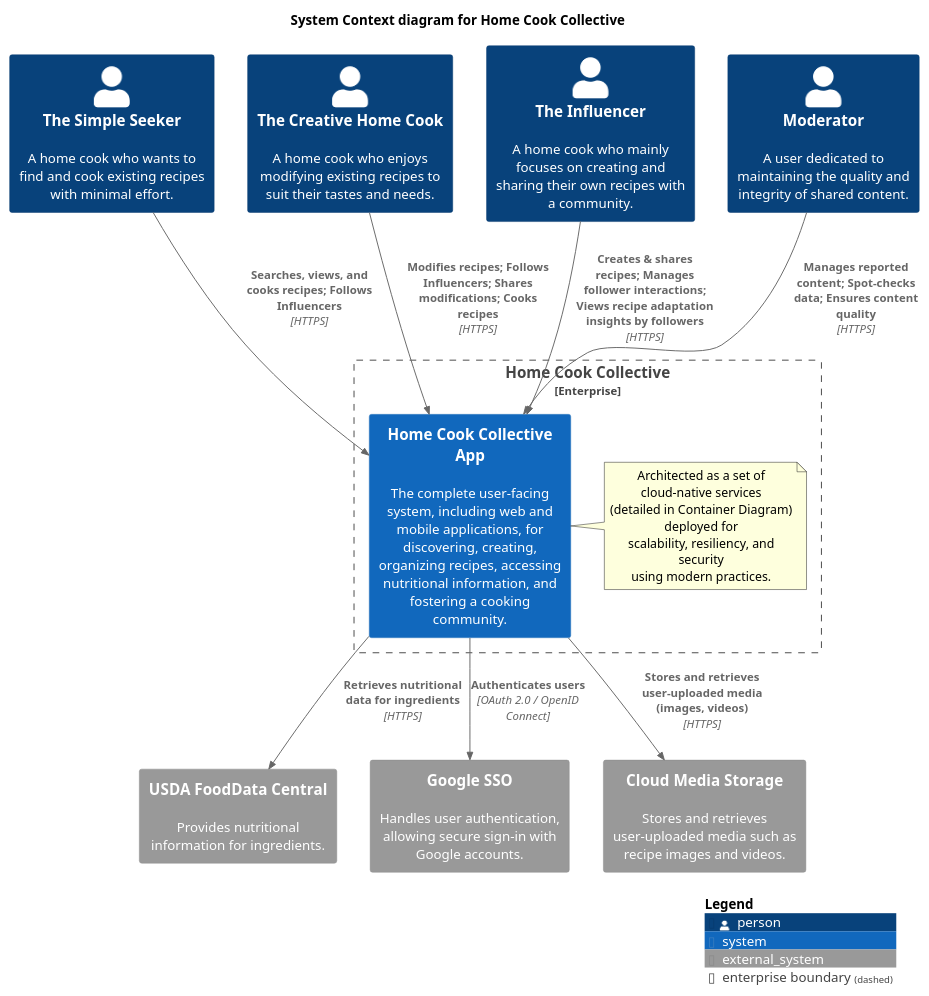
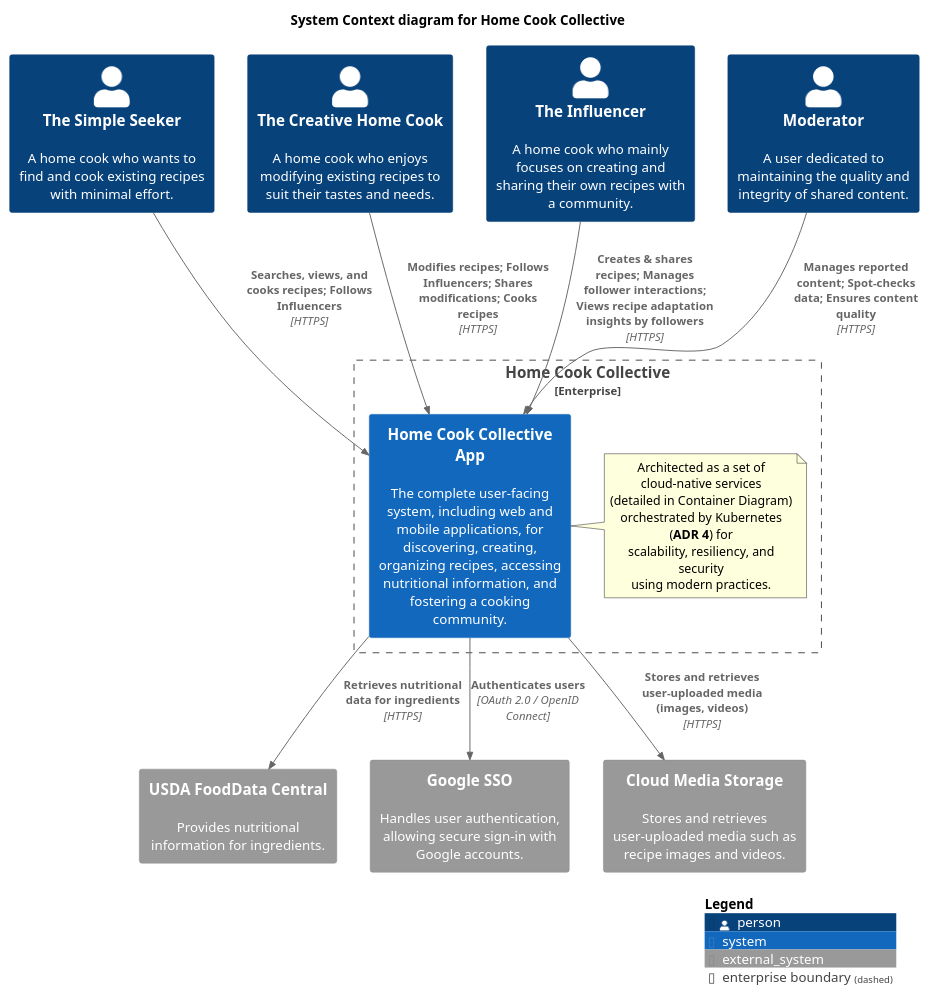
The diagram in diagrams/src/hcc-context.puml (darius-despain/SE577-SoftwareArchitecture), drawn with PlantUML before and after one commit. The commit also changed 2 other files, not shown here.

Commit message:
finished diagrams

```diff
--- a/diagrams/src/hcc-context.puml
+++ b/diagrams/src/hcc-context.puml
@@ -1,38 +1,39 @@
 @startuml "Home-Cook-Collective-Context"
-!include ../C4_Container.puml
+!include ../C4_Context.puml
 title System Context diagram for Home Cook Collective
 
 ' Personas
 Person(simple_seeker, "The Simple Seeker", "A home cook who wants to find and cook existing recipes with minimal effort.")
 Person(creative_cook, "The Creative Home Cook", "A home cook who enjoys modifying existing recipes to suit their tastes and needs.")
 Person(influencer, "The Influencer", "A home cook who mainly focuses on creating and sharing their own recipes with a community.")
 Person(moderator, "Moderator", "A user dedicated to maintaining the quality and integrity of shared content.")
 
 Enterprise_Boundary(home_cook_collective, "Home Cook Collective") {
     System(hcc_app, "Home Cook Collective App", "The complete user-facing system, including web and mobile applications, for discovering, creating, organizing recipes, accessing nutritional information, and fostering a cooking community.")
     note right
         Architected as a set of cloud-native services
-        (detailed in Container Diagram) deployed for
+        (detailed in Container Diagram)
+        orchestrated by Kubernetes (**ADR 4**) for
         scalability, resiliency, and security
         using modern practices.
     end note
 }
 
 ' External Systems
 System_Ext(usda_food_data, "USDA FoodData Central","Provides nutritional information for ingredients.")
 System_Ext(google_sso, "Google SSO", "Handles user authentication, allowing secure sign-in with Google accounts.")
 System_Ext(media_storage, "Cloud Media Storage", "Stores and retrieves user-uploaded media such as recipe images and videos.")
 
 ' Persona to System Relationships
 Rel(simple_seeker, hcc_app, "Searches, views, and cooks recipes; Follows Influencers", "HTTPS")
 Rel(creative_cook, hcc_app, "Modifies recipes; Follows Influencers; Shares modifications; Cooks recipes", "HTTPS")
 Rel(influencer, hcc_app, "Creates & shares recipes; Manages follower interactions; Views recipe adaptation insights by followers", "HTTPS")
 Rel(moderator, hcc_app, "Manages reported content; Spot-checks data; Ensures content quality", "HTTPS")
 
 ' System to External System Relationships
 Rel(hcc_app, google_sso, "Authenticates users", "OAuth 2.0 / OpenID Connect")
 Rel(hcc_app, media_storage, "Stores and retrieves user-uploaded media (images, videos)", "HTTPS")
 Rel(hcc_app, usda_food_data, "Retrieves nutritional data for ingredients", "HTTPS")
 
 SHOW_LEGEND()
 @enduml
```
